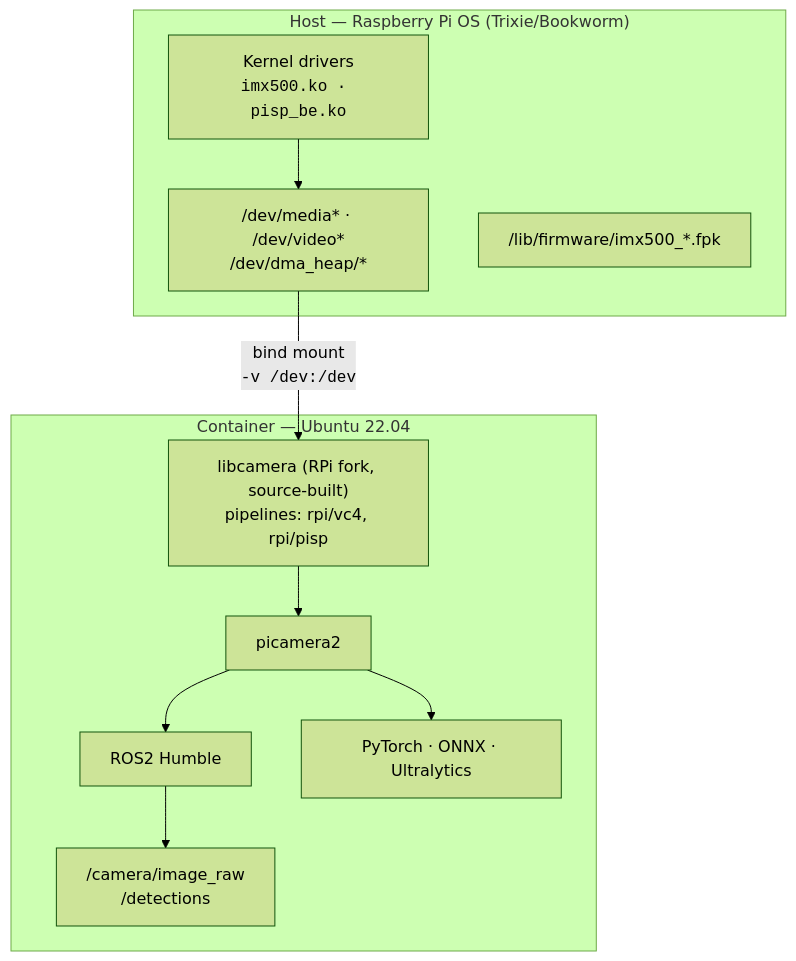
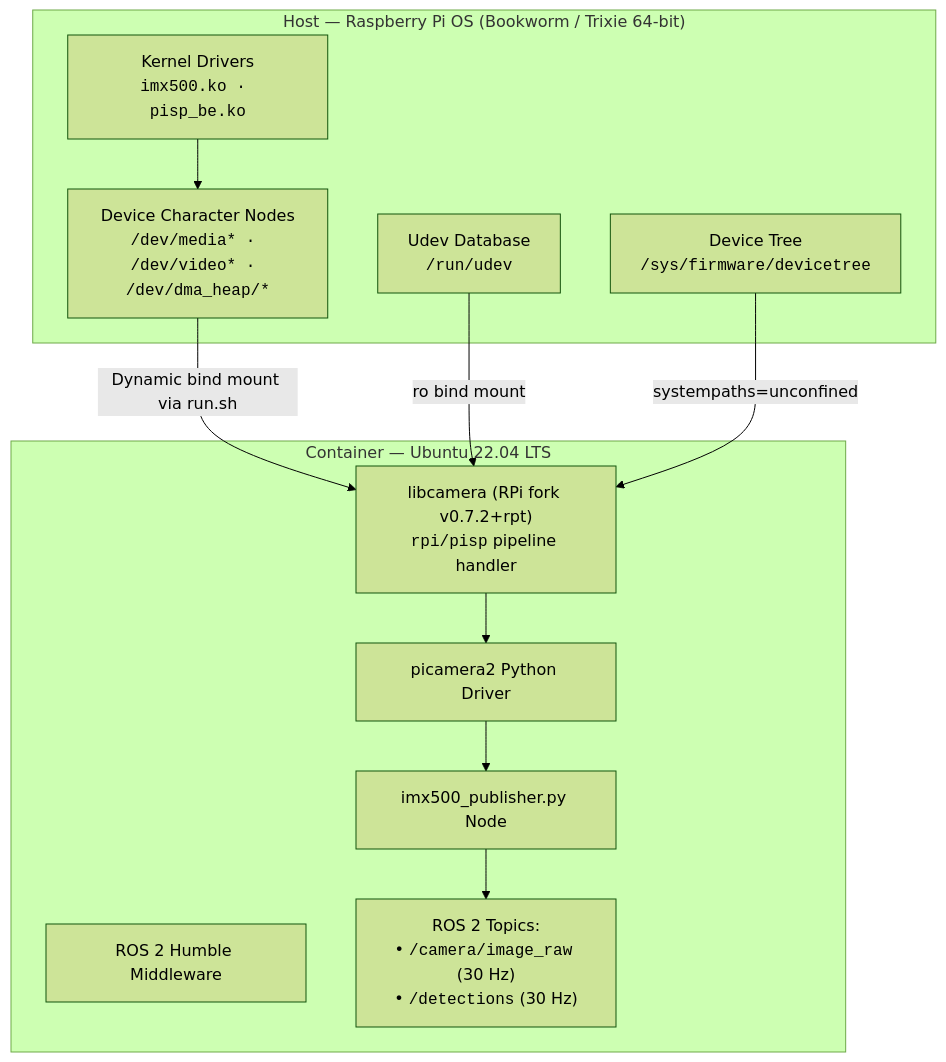
The diagram in README.md (Abhinmadhu01/ros2-imx500-rpi5), drawn with Mermaid (forest theme) before and after one commit. The commit also changed other lines of this file and 23 other files, not shown here.

````diff
--- a/README.md
+++ b/README.md
@@ -91,23 +96,25 @@
 ```mermaid
 flowchart TD
-    subgraph HOST["Host — Raspberry Pi OS (Trixie/Bookworm)"]
-        KD["Kernel drivers<br/><code>imx500.ko · pisp_be.ko</code>"]
-        DEV["/dev/media* · /dev/video*<br/>/dev/dma_heap/*"]
-        FW["/lib/firmware/imx500_*.fpk"]
+    subgraph HOST["Host — Raspberry Pi OS (Bookworm / Trixie 64-bit)"]
+        KD["Kernel Drivers<br/><code>imx500.ko · pisp_be.ko</code>"]
+        DEV["Device Character Nodes<br/><code>/dev/media* · /dev/video* · /dev/dma_heap/*</code>"]
+        UDEV["Udev Database<br/><code>/run/udev</code>"]
+        DT["Device Tree<br/><code>/sys/firmware/devicetree</code>"]
     end
 
-    subgraph CONTAINER["Container — Ubuntu 22.04"]
-        LC["libcamera (RPi fork, source-built)<br/>pipelines: rpi/vc4, rpi/pisp"]
-        PC["picamera2"]
-        ROS["ROS2 Humble"]
-        ML["PyTorch · ONNX · Ultralytics"]
+    subgraph CONTAINER["Container — Ubuntu 22.04 LTS"]
+        LC["libcamera (RPi fork v0.7.2+rpt)<br/><code>rpi/pisp</code> pipeline handler"]
+        PC["picamera2 Python Driver"]
+        ROS["ROS 2 Humble Middleware"]
+        PUB["imx500_publisher.py Node"]
 
         LC --> PC
-        PC --> ROS
-        PC --> ML
-        ROS --> TOPICS["/camera/image_raw<br/>/detections"]
+        PC --> PUB
+        PUB --> TOPICS["ROS 2 Topics:<br/>• <code>/camera/image_raw</code> (30 Hz)<br/>• <code>/detections</code> (30 Hz)"]
     end
 
     KD --> DEV
-    DEV -- "bind mount<br/><code>-v /dev:/dev</code>" --> LC
+    DEV -- "Dynamic bind mount via run.sh" --> LC
+    UDEV -- "ro bind mount" --> LC
+    DT -- "systempaths=unconfined" --> LC
 ```
````
